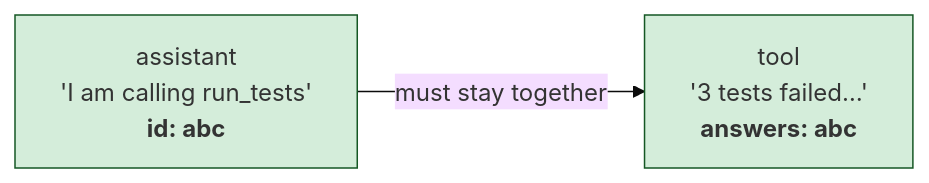
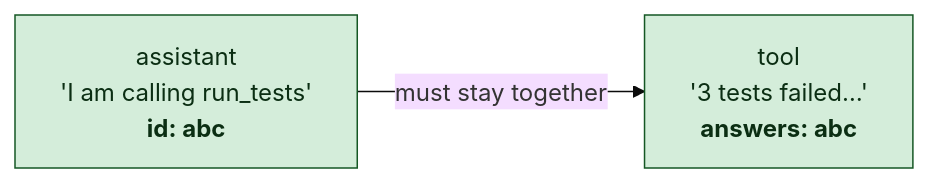
The first of 6 diagrams in learning/day-3/03-where-to-cut.md (bairoy/KRIMICODE), drawn with Mermaid (base theme) before and after one commit. The commit also changed other lines of this file and 7 other files, not shown here.

Commit message:
improved the mermaid diagram rendering

````diff
--- a/learning/day-3/03-where-to-cut.md
+++ b/learning/day-3/03-where-to-cut.md
@@ -39,7 +39,7 @@
 ```mermaid
 flowchart LR
     A["assistant<br/>'I am calling run_tests'<br/><b>id: abc</b>"] -->|"must stay together"| T["tool<br/>'3 tests failed…'<br/><b>answers: abc</b>"]
 
-    style A fill:#d4edda,stroke:#155724
-    style T fill:#d4edda,stroke:#155724
+    style A fill:#d4edda,stroke:#155724,color:#0b2e13
+    style T fill:#d4edda,stroke:#155724,color:#0b2e13
 ```
````
